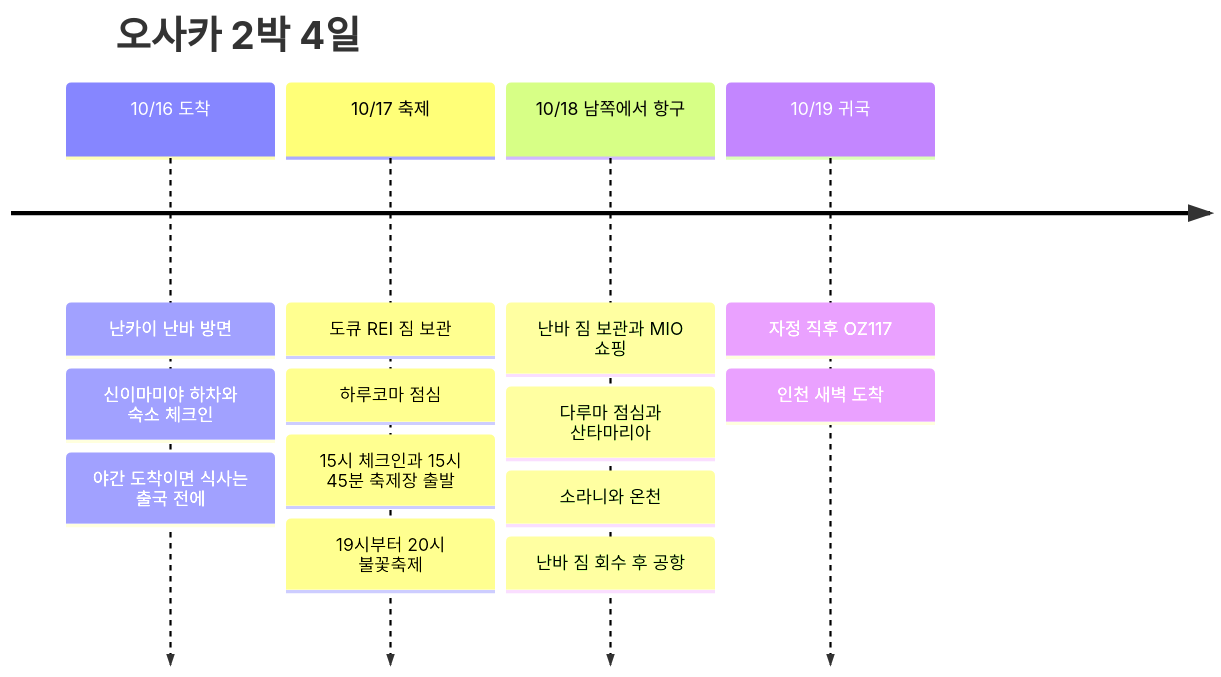
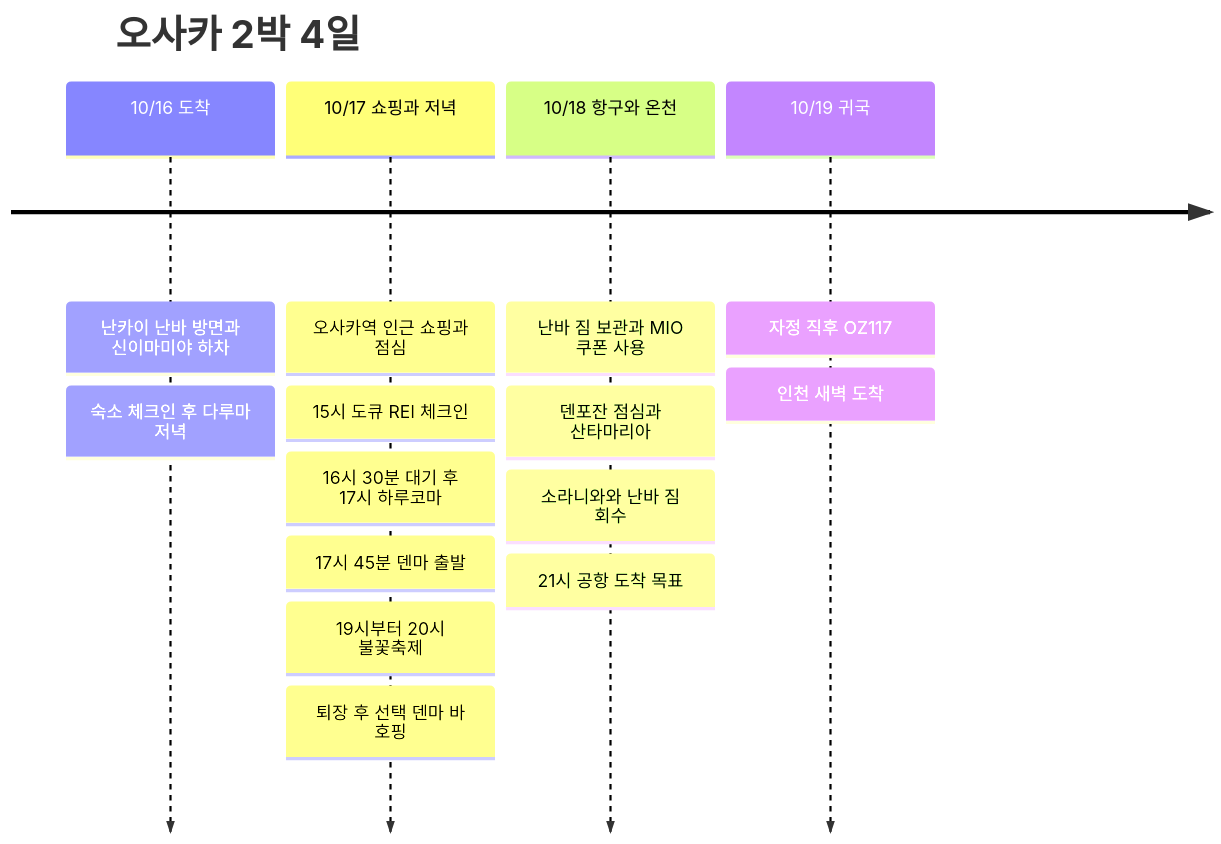
The diagram in src/content/posts/2026-10-16-osaka-yodogawa-fireworks.md (gongdongho12/commit-map), drawn with Mermaid before and after one commit. The commit also changed other lines of this file and 5 other files, not shown here.

````diff
--- a/src/content/posts/2026-10-16-osaka-yodogawa-fireworks.md
+++ b/src/content/posts/2026-10-16-osaka-yodogawa-fireworks.md
@@ -158,17 +178,18 @@
 ```mermaid
 timeline
   title 오사카 2박 4일
-  10/16 도착 : 난카이 난바 방면
-              : 신이마미야 하차와 숙소 체크인
-              : 야간 도착이면 식사는 출국 전에
-  10/17 축제 : 도큐 REI 짐 보관
-              : 하루코마 점심
-              : 15시 체크인과 15시 45분 축제장 출발
-              : 19시부터 20시 불꽃축제
-  10/18 남쪽에서 항구 : 난바 짐 보관과 MIO 쇼핑
-                      : 다루마 점심과 산타마리아
-                      : 소라니와 온천
-                      : 난바 짐 회수 후 공항
+  10/16 도착 : 난카이 난바 방면과 신이마미야 하차
+              : 숙소 체크인 후 다루마 저녁
+  10/17 쇼핑과 저녁 : 오사카역 인근 쇼핑과 점심
+                      : 15시 도큐 REI 체크인
+                      : 16시 30분 대기 후 17시 하루코마
+                      : 17시 45분 덴마 출발
+                      : 19시부터 20시 불꽃축제
+                      : 퇴장 후 선택 덴마 바 호핑
+  10/18 항구와 온천 : 난바 짐 보관과 MIO 쿠폰 사용
+                    : 덴포잔 점심과 산타마리아
+                    : 소라니와와 난바 짐 회수
+                    : 21시 공항 도착 목표
   10/19 귀국 : 자정 직후 OZ117
               : 인천 새벽 도착
 ```
````
